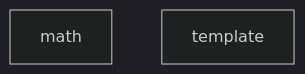
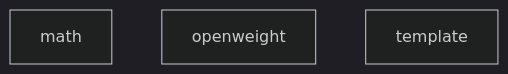
One commit to gradus-fit/gradus changed the diagram in docs/core.mmd. Above: the diagram before and after it, drawn with Mermaid (dark theme). The commit also changed 54 other files, not shown here.

Commit message:
add openweight module

```diff
--- a/docs/core.mmd
+++ b/docs/core.mmd
@@ -1,3 +1,5 @@
 flowchart TB
     math["math"]
+    %% openweight has no Core-module dependencies.
+    openweight["openweight"]
     template["template"]
```
